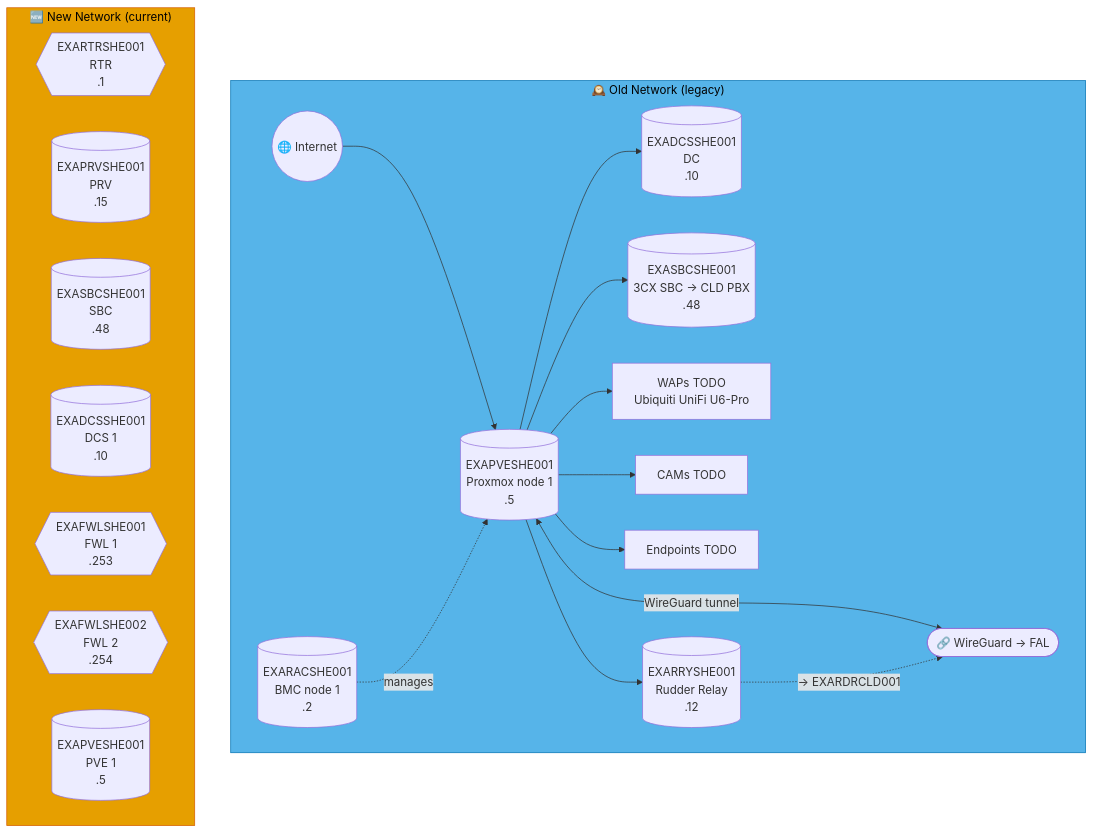
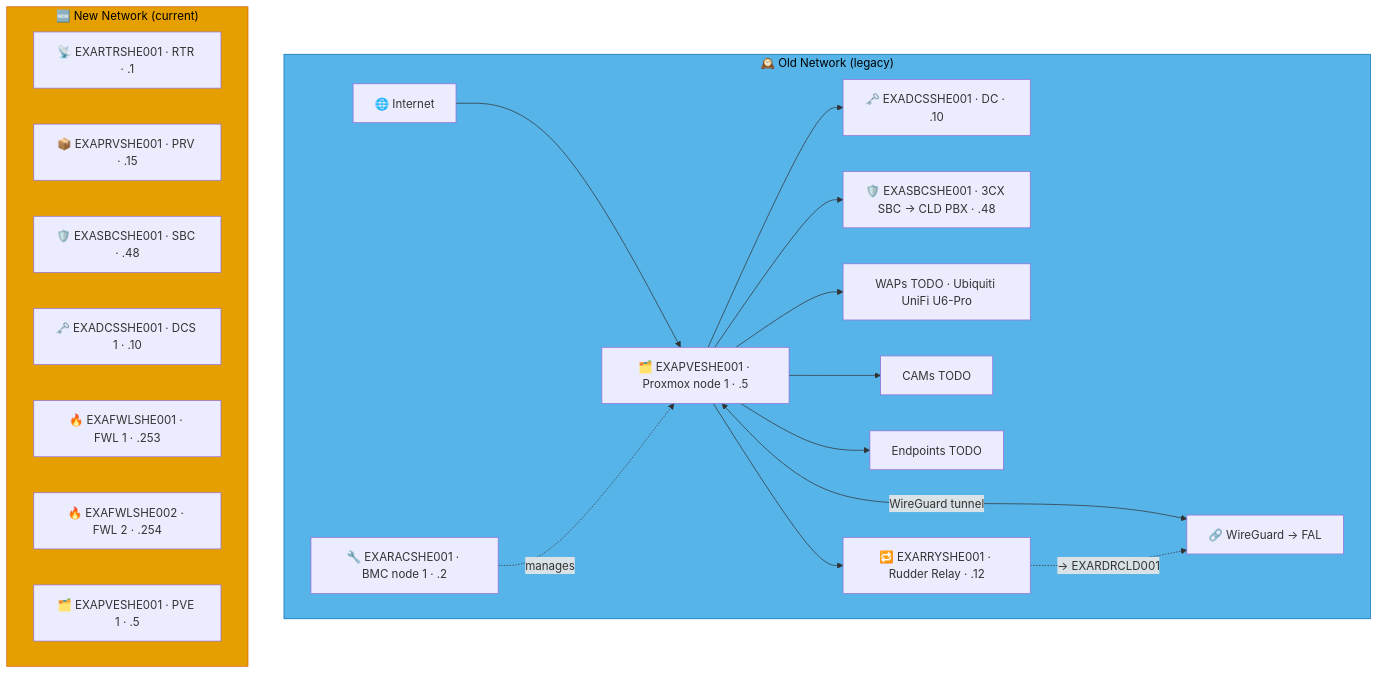
Diagram 14 of 51 in docs/network-diagram.md (knightmare2600/example_music_infra), drawn with Mermaid before and after one commit. The commit also changed other lines of this file and 5 other files, not shown here.

````diff
--- a/docs/network-diagram.md
+++ b/docs/network-diagram.md
@@ -1015,36 +1016,36 @@
 ```mermaid
 graph TD
     subgraph OLD_SHE ["🕰️ Old Network (legacy)"]
-      INET(("🌐 Internet"))
-      RAC[("EXARACSHE001<br/>BMC node 1<br/>.2")]
-      PVE[("EXAPVESHE001<br/>Proxmox node 1<br/>.5")]
-      DC[("EXADCSSHE001<br/>DC<br/>.10")]
-      SBC[("EXASBCSHE001<br/>3CX SBC → CLD PBX<br/>.48")]
-      RRY[("EXARRYSHE001<br/>Rudder Relay<br/>.12")]
-      WAP["WAPs TODO<br/>Ubiquiti UniFi U6-Pro"]
+      INET["🌐 Internet"]
+      RAC["🔧 EXARACSHE001 · BMC node 1 · .2"]
+      PVE["🗂️ EXAPVESHE001 · Proxmox node 1 · .5"]
+      DC["🗝️ EXADCSSHE001 · DC · .10"]
+      SBC["🛡️ EXASBCSHE001 · 3CX SBC → CLD PBX · .48"]
+      RRY["🔁 EXARRYSHE001 · Rudder Relay · .12"]
+      WAP["WAPs TODO · Ubiquiti UniFi U6-Pro"]
       CAM["CAMs TODO"]
       EP["Endpoints TODO"]
-      VPN(["🔗 WireGuard → FAL"])
+      VPN["🔗 WireGuard → FAL"]
 
       INET --> PVE --> DC & SBC
       RAC -.->|"manages"| PVE
       PVE --> WAP & CAM & EP
       PVE <-->|"WireGuard tunnel"| VPN
 
       PVE --> RRY
       RRY -. "→ EXARDRCLD001" .-> VPN
     end
     style OLD_SHE fill:#56B4E9,stroke:#0072B2,color:#000000
     %% GENERATED:NEW-NETWORK:SHE:START
     subgraph NEW_SHE ["🆕 New Network (current)"]
-      N_RTR{{"EXARTRSHE001<br/>RTR<br/>.1"}}
-      N_PRV[("EXAPRVSHE001<br/>PRV<br/>.15")]
-      N_SBC[("EXASBCSHE001<br/>SBC<br/>.48")]
-      N_DCS[("EXADCSSHE001<br/>DCS 1<br/>.10")]
-      N_FWL{{"EXAFWLSHE001<br/>FWL 1<br/>.253"}}
-      N_FWL2{{"EXAFWLSHE002<br/>FWL 2<br/>.254"}}
-      N_PVE[("EXAPVESHE001<br/>PVE 1<br/>.5")]
+      N_RTR["📡 EXARTRSHE001 · RTR · .1"]
+      N_PRV["📦 EXAPRVSHE001 · PRV · .15"]
+      N_SBC["🛡️ EXASBCSHE001 · SBC · .48"]
+      N_DCS["🗝️ EXADCSSHE001 · DCS 1 · .10"]
+      N_FWL["🔥 EXAFWLSHE001 · FWL 1 · .253"]
+      N_FWL2["🔥 EXAFWLSHE002 · FWL 2 · .254"]
+      N_PVE["🗂️ EXAPVESHE001 · PVE 1 · .5"]
     end
     style NEW_SHE fill:#E69F00,stroke:#D55E00,color:#000000
     %% GENERATED:NEW-NETWORK:SHE:END
 ```
````
